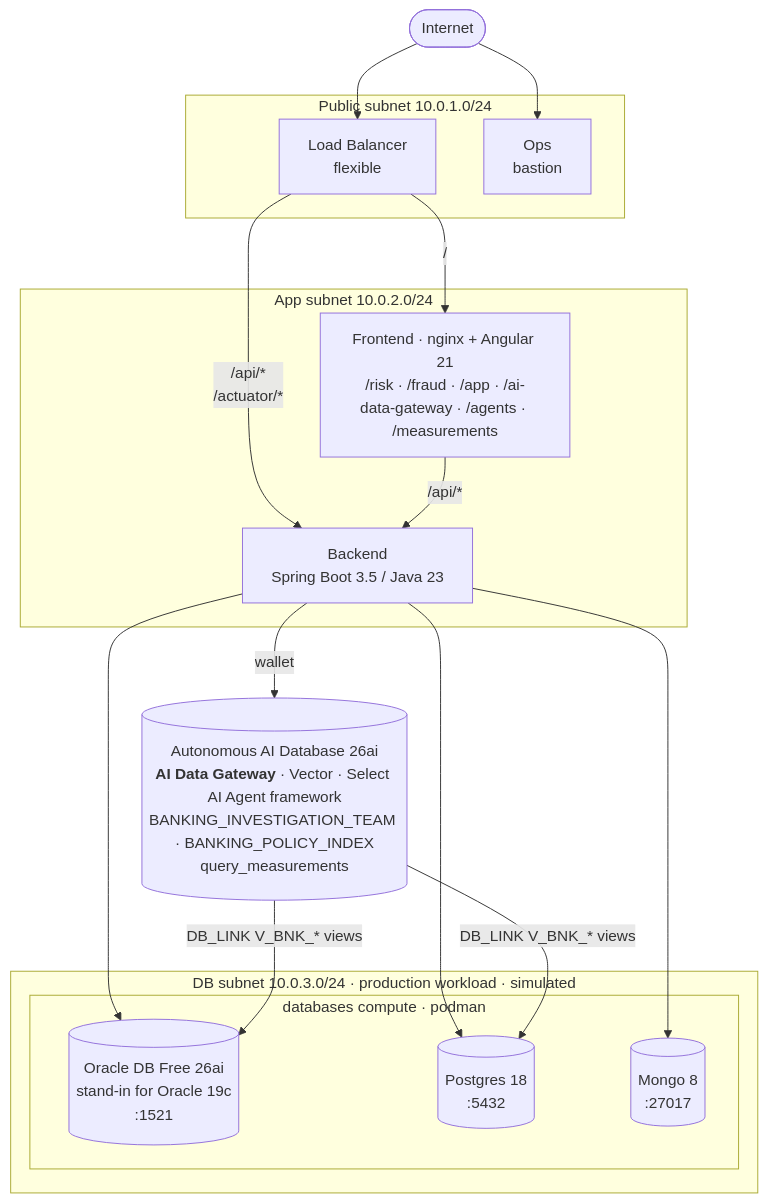
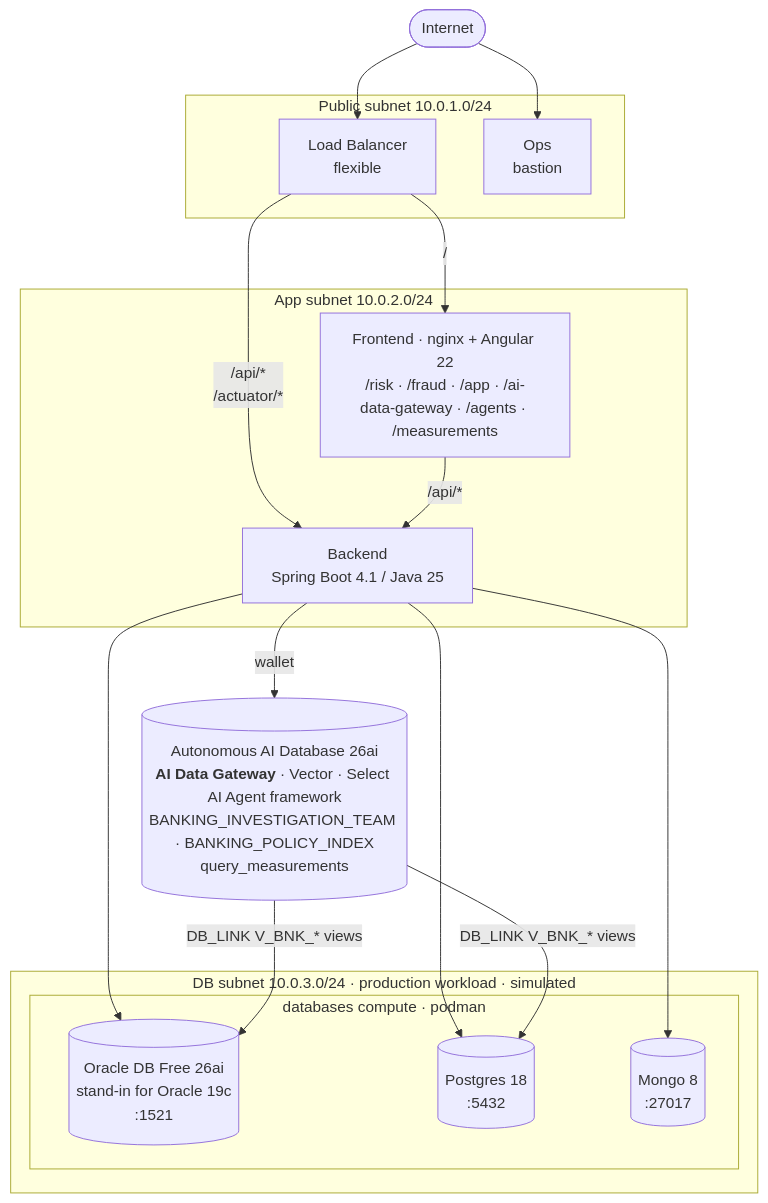
Before and after one commit to vmleon/oracle-adb-sidecar-architecture: the second of 2 diagrams in README.md, drawn with Mermaid. The commit also changed other lines of this file and 28 other files, not shown here.

First line of the commit message:
build: move to Java 25, Spring Boot 4.1 and Angular 22

````diff
--- a/README.md
+++ b/README.md
@@ -83,36 +83,36 @@
 ```mermaid
 flowchart TB
     internet([Internet])
 
     subgraph public [Public subnet 10.0.1.0/24]
         lb[Load Balancer<br/>flexible]
         ops[Ops<br/>bastion]
     end
 
     subgraph appnet [App subnet 10.0.2.0/24]
-        frontend["Frontend · nginx + Angular 21<br/>/risk · /fraud · /app · /ai-data-gateway · /agents · /measurements"]
-        backend[Backend<br/>Spring Boot 3.5 / Java 23]
+        frontend["Frontend · nginx + Angular 22<br/>/risk · /fraud · /app · /ai-data-gateway · /agents · /measurements"]
+        backend[Backend<br/>Spring Boot 4.1 / Java 25]
     end
 
     subgraph dbnet [DB subnet 10.0.3.0/24 · production workload · simulated]
         subgraph databases [databases compute · podman]
             oracle[(Oracle DB Free 26ai<br/>stand-in for Oracle 19c<br/>:1521)]
             postgres[(Postgres 18<br/>:5432)]
             mongo[(Mongo 8<br/>:27017)]
         end
     end
 
     adb[(Autonomous AI Database 26ai<br/><b>AI Data Gateway</b> · Vector · Select AI Agent framework<br/>BANKING_INVESTIGATION_TEAM · BANKING_POLICY_INDEX<br/>query_measurements)]
 
     internet --> lb
     internet --> ops
     lb -->|/| frontend
     lb -->|/api/*<br/>/actuator/*| backend
     frontend -->|/api/*| backend
     backend -->|wallet| adb
     backend --> oracle
     backend --> postgres
     backend --> mongo
     adb -->|DB_LINK V_BNK_* views| oracle
     adb -->|DB_LINK V_BNK_* views| postgres
 ```
````
